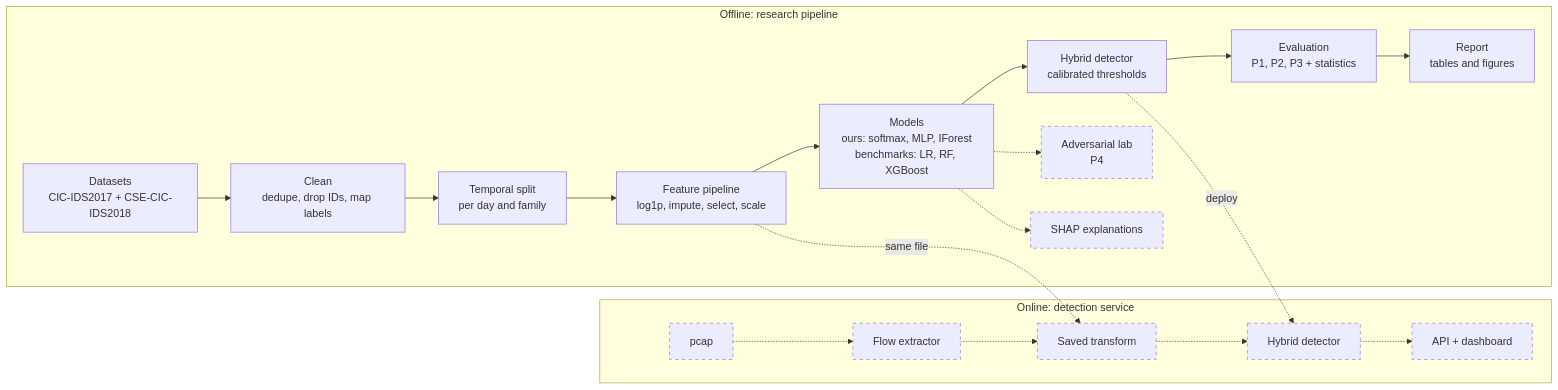
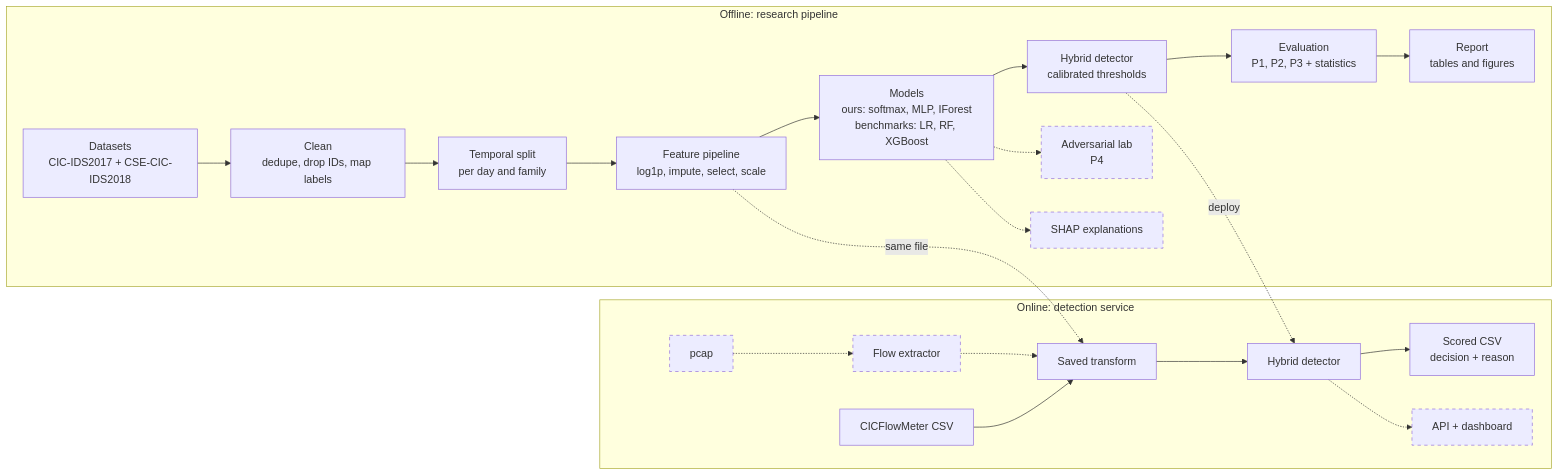
One commit to NourHareth/flowguard changed the diagram in README.md. Above: the diagram before and after it, drawn with Mermaid. The commit also changed other lines of this file and 36 other files, not shown here.

Commit message:
Prepare FlowGuard project for GitHub

````diff
--- a/README.md
+++ b/README.md
@@ -60,24 +60,26 @@
 ```mermaid
 flowchart LR
     subgraph OFF["Offline: research pipeline"]
         D[Datasets<br/>CIC-IDS2017 + CSE-CIC-IDS2018] --> C[Clean<br/>dedupe, drop IDs, map labels]
         C --> S[Temporal split<br/>per day and family]
         S --> F[Feature pipeline<br/>log1p, impute, select, scale]
         F --> M[Models<br/>ours: softmax, MLP, IForest<br/>benchmarks: LR, RF, XGBoost]
         M --> H[Hybrid detector<br/>calibrated thresholds]
         H --> E[Evaluation<br/>P1, P2, P3 + statistics]
         E --> R[Report<br/>tables and figures]
         M -.-> A[Adversarial lab<br/>P4]
         M -.-> X[SHAP explanations]
     end
     subgraph ON["Online: detection service"]
         T[pcap] -.-> FE[Flow extractor]
         FE -.-> ST[Saved transform]
-        ST -.-> HD[Hybrid detector]
+        CSV[CICFlowMeter CSV] --> ST
+        ST --> HD[Hybrid detector]
+        HD --> SC[Scored CSV<br/>decision + reason]
         HD -.-> UI[API + dashboard]
     end
     F -. same file .-> ST
     H -. deploy .-> HD
     classDef planned stroke-dasharray: 5 5
-    class A,X,T,FE,ST,HD,UI planned
+    class A,X,T,FE,UI planned
 ```
````
